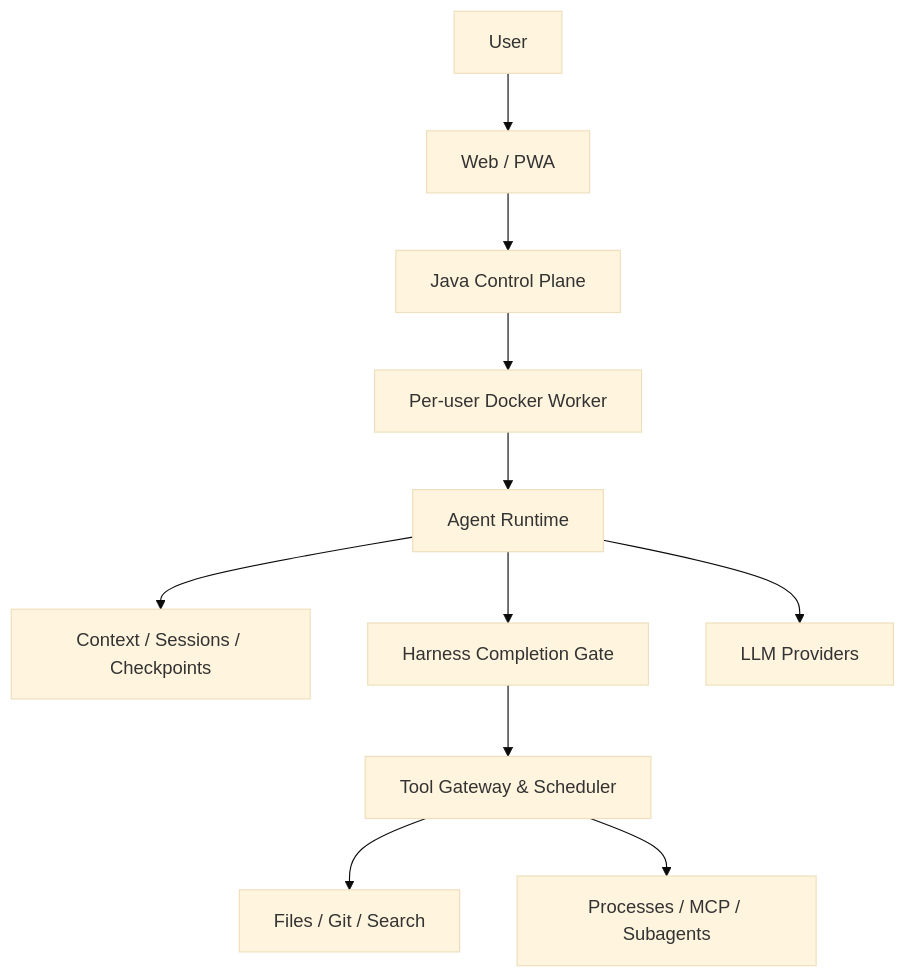
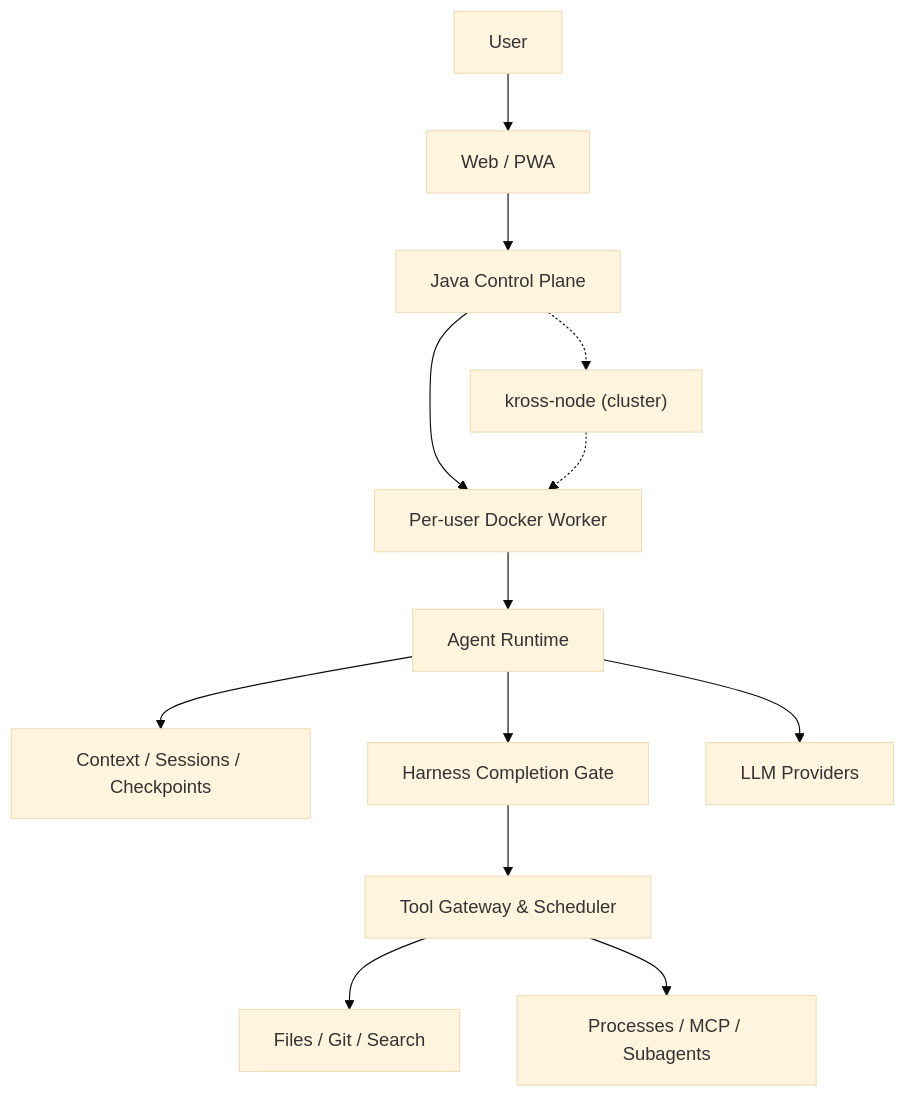
Before and after one commit to zzc-101/Kross: the diagram in README.md, drawn with Mermaid (base theme). The commit also changed other lines of this file and 18 other files, not shown here.

````diff
--- a/README.md
+++ b/README.md
@@ -107,13 +92,15 @@
 ```mermaid
 flowchart TB
     U["User"] --> W["Web / PWA"]
     W --> S["Java Control Plane"]
     S --> D["Per-user Docker Worker"]
+    S -.-> N["kross-node (cluster)"]
+    N -.-> D
     D --> R["Agent Runtime"]
     R --> C["Context / Sessions / Checkpoints"]
     R --> H["Harness Completion Gate"]
     H --> G["Tool Gateway & Scheduler"]
     R --> M["LLM Providers"]
     G --> F["Files / Git / Search"]
     G --> P["Processes / MCP / Subagents"]
 ```
````
